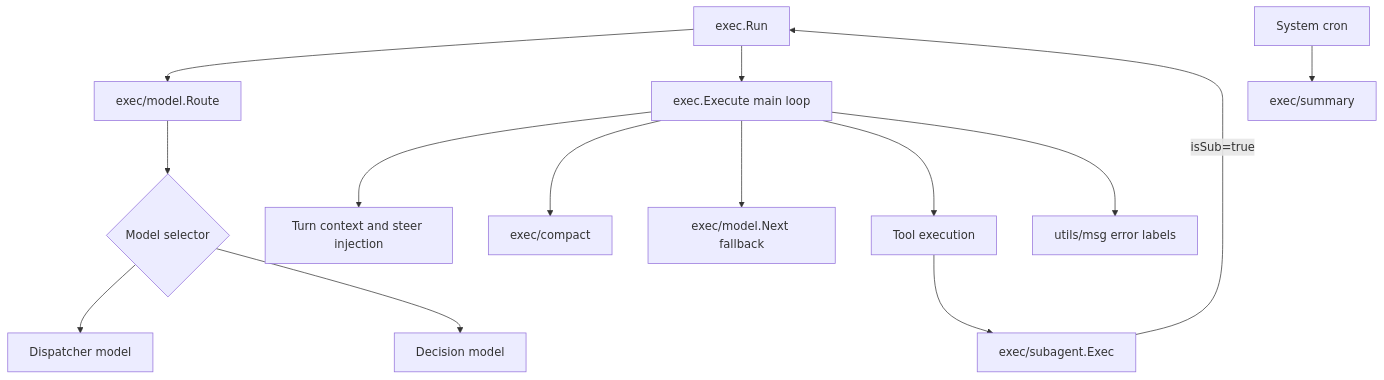
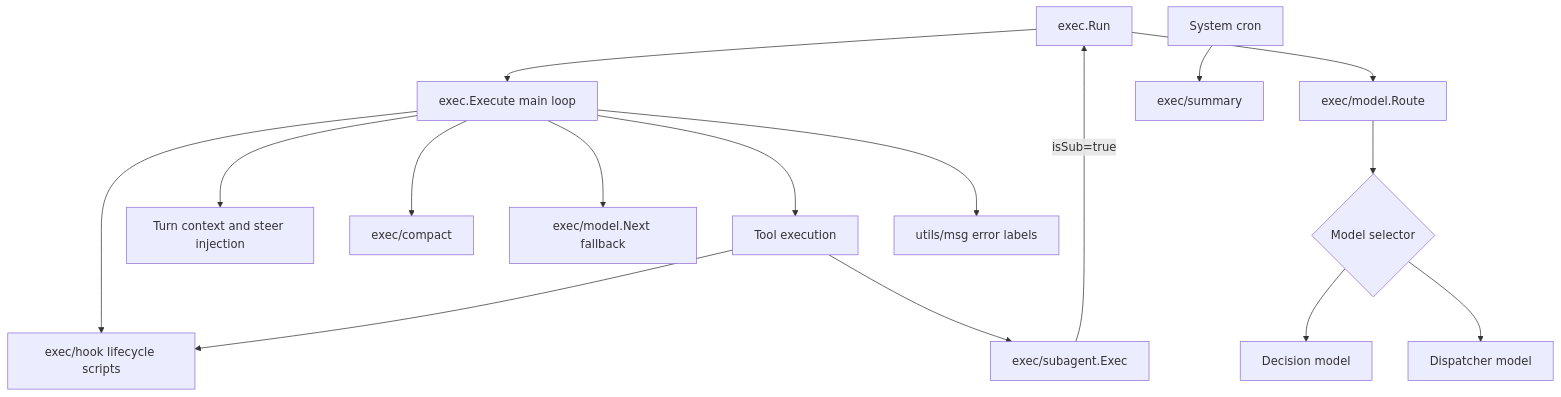
One commit to pardnchiu/Agenvoy changed the fourth of 10 diagrams in doc/architecture.md. Above: the diagram before and after it, drawn with Mermaid. The commit also changed other lines of this file and 5 other files, not shown here.

Commit message:
doc: Document lifecycle hooks, hook API and tools, TUI updates and denied paths

````diff
--- a/doc/architecture.md
+++ b/doc/architecture.md
@@ -86,16 +87,18 @@
 ```mermaid
 graph TB
     Run[exec.Run] --> Route[exec/model.Route]
     Route --> Selector{Model selector}
     Selector --> LLM[Dispatcher model]
     Selector --> Decision[Decision model]
     Run --> Execute[exec.Execute main loop]
     Execute --> Turn[Turn context and steer injection]
     Execute --> Compact[exec/compact]
     Execute --> Next[exec/model.Next fallback]
     Execute --> Tools[Tool execution]
     Tools --> Sub[exec/subagent.Exec]
     Sub -->|isSub=true| Run
     Cron[System cron] --> Summary[exec/summary]
     Execute --> Msg[utils/msg error labels]
+    Execute --> Hook[exec/hook lifecycle scripts]
+    Tools --> Hook
 ```
````
